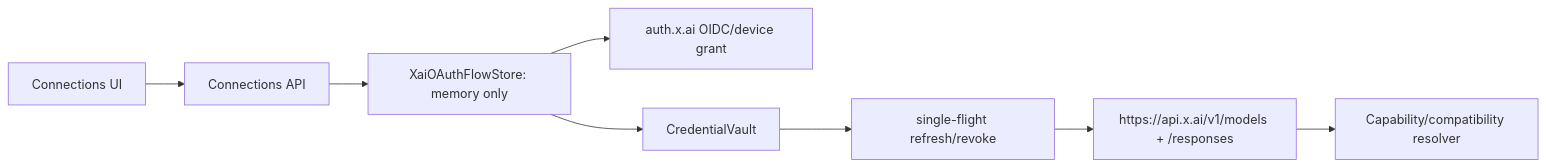
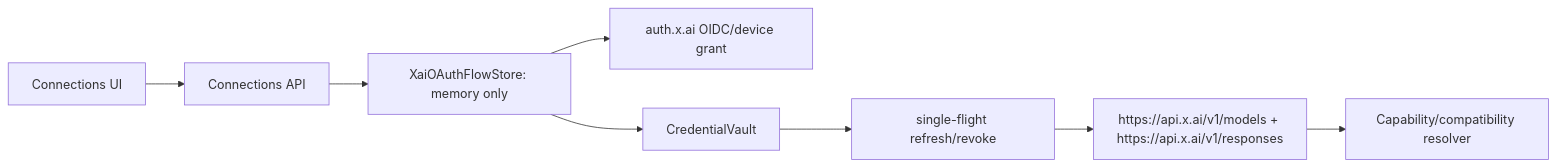
One commit to OkamiOps/okami-sentinel changed the diagram in docs/superpowers/plans/2026-08-10-xai-independent-oauth.md. Above: the diagram before and after it, drawn with Mermaid. The commit also changed other lines of this file and 1 other file, not shown here.

Commit message:
docs: tighten xai oauth contract

````diff
--- a/docs/superpowers/plans/2026-08-10-xai-independent-oauth.md
+++ b/docs/superpowers/plans/2026-08-10-xai-independent-oauth.md
@@ -31,10 +36,10 @@
 ```mermaid
 flowchart LR
   UI["Connections UI"] --> API["Connections API"]
   API --> FLOW["XaiOAuthFlowStore: memory only"]
   FLOW --> AUTH["auth.x.ai OIDC/device grant"]
   FLOW --> VAULT["CredentialVault"]
   VAULT --> REFRESH["single-flight refresh/revoke"]
-  REFRESH --> XAI["https://api.x.ai/v1/models + /responses"]
+  REFRESH --> XAI["https://api.x.ai/v1/models + https://api.x.ai/v1/responses"]
   XAI --> RESOLVER["Capability/compatibility resolver"]
 ```
````
